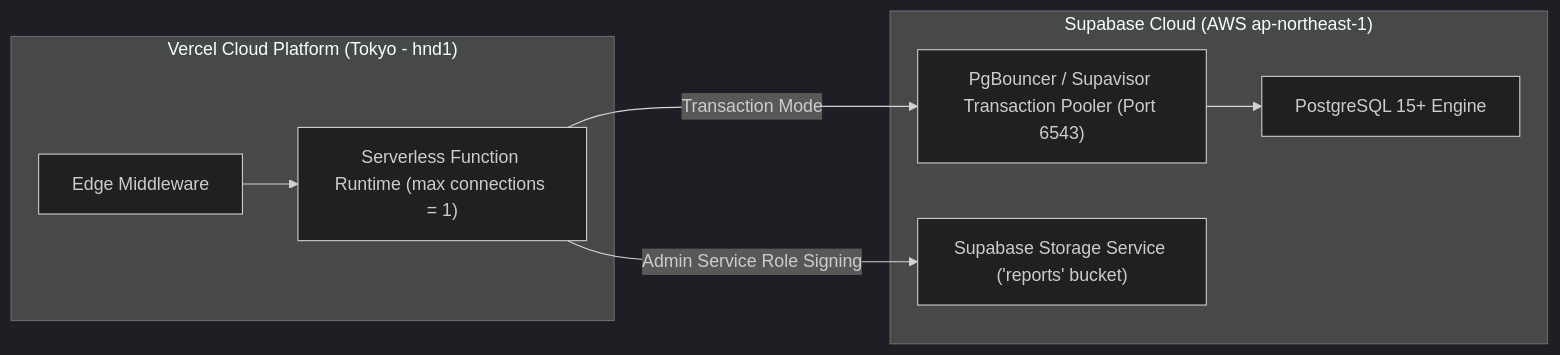
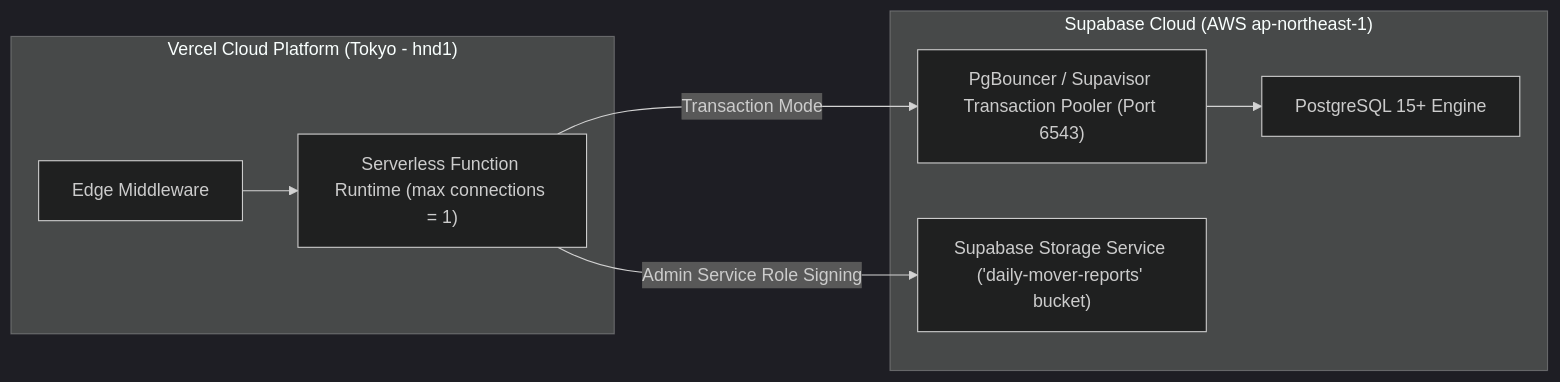
One commit to Vitti-Capital-Tech/daily-movers-dashboard changed the third of 3 diagrams in docs/HLD.md. Above: the diagram before and after it, drawn with Mermaid (dark theme). The commit also changed other lines of this file and 5 other files, not shown here.

````diff
--- a/docs/HLD.md
+++ b/docs/HLD.md
@@ -227,18 +237,18 @@
 ```mermaid
 graph LR
     subgraph Vercel["Vercel Cloud Platform (Tokyo - hnd1)"]
         NextEdge["Edge Middleware"]
         NextServerless["Serverless Function Runtime (max connections = 1)"]
     end
 
     subgraph Supabase["Supabase Cloud (AWS ap-northeast-1)"]
         SupabasePooler["PgBouncer / Supavisor Transaction Pooler (Port 6543)"]
         PostgresInstance["PostgreSQL 15+ Engine"]
-        StorageEngine["Supabase Storage Service ('reports' bucket)"]
+        StorageEngine["Supabase Storage Service ('daily-mover-reports' bucket)"]
     end
 
     NextEdge --> NextServerless
     NextServerless -->|Transaction Mode| SupabasePooler
     SupabasePooler --> PostgresInstance
     NextServerless -->|Admin Service Role Signing| StorageEngine
 ```
````
